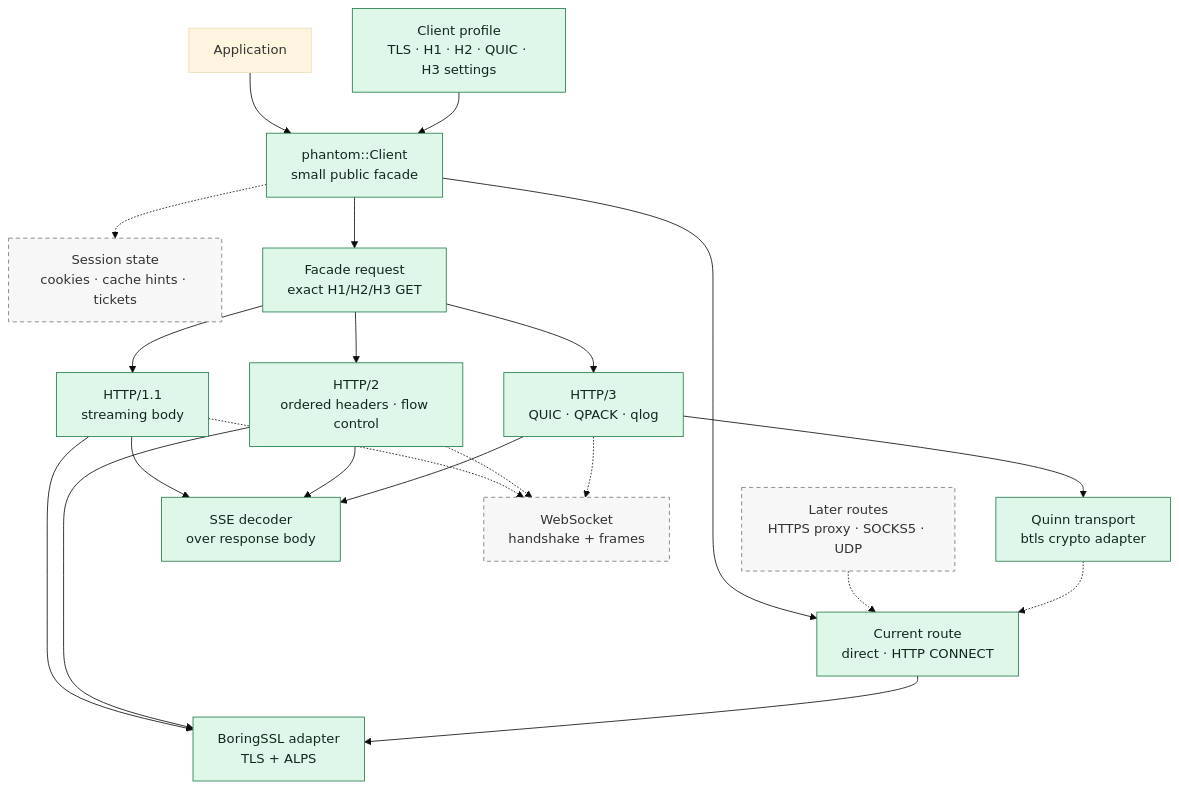
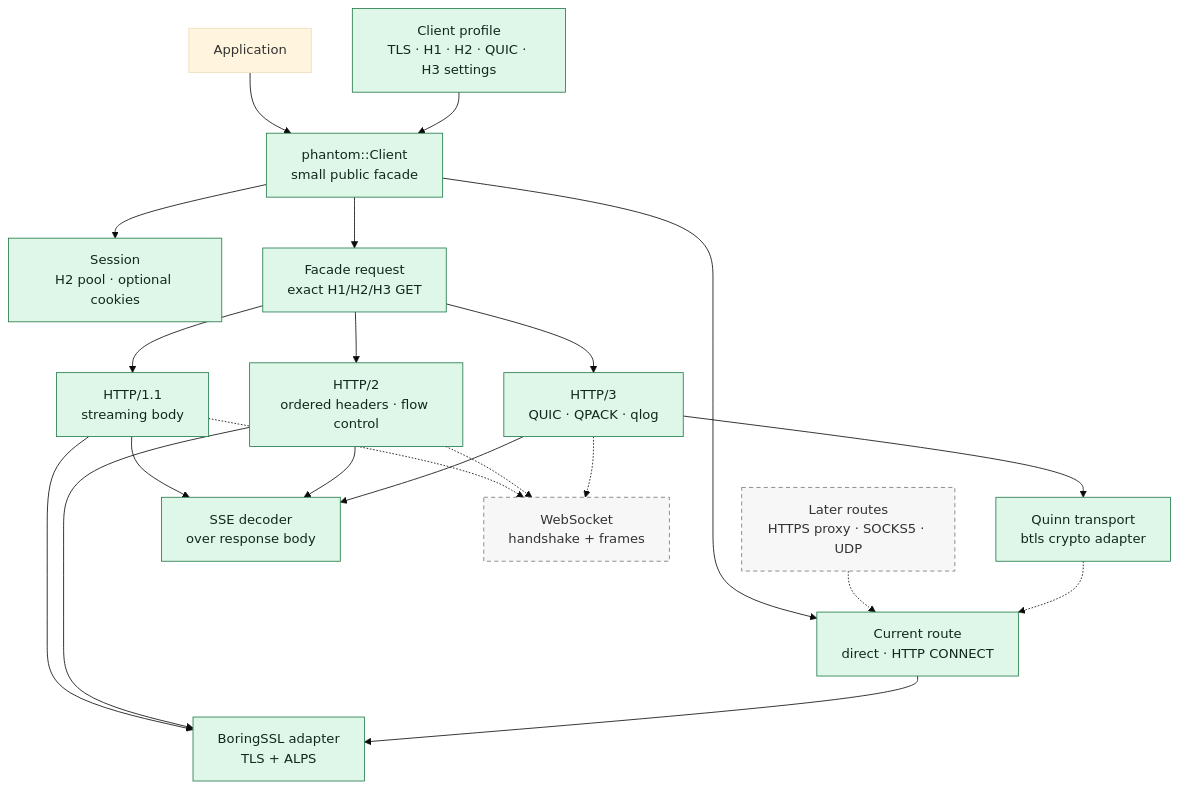
Before and after one commit to bywayhq/phantom: the first of 4 diagrams in docs/architecture.md, drawn with Mermaid (base theme). The commit also changed other lines of this file and 51 other files, not shown here.

````diff
--- a/docs/architecture.md
+++ b/docs/architecture.md
@@ -22,44 +23,44 @@
 ```mermaid
 flowchart TB
     User[Application]
     Client["phantom::Client<br/>small public facade"]
-    Session["Session state<br/>cookies · cache hints · tickets"]
+    Session["Session<br/>H2 pool · optional cookies"]
     Profile["Client profile<br/>TLS · H1 · H2 · QUIC · H3 settings"]
     Route["Current route<br/>direct · HTTP CONNECT"]
     FutureRoute["Later routes<br/>HTTPS proxy · SOCKS5 · UDP"]
     FacadeRequest["Facade request<br/>exact H1/H2/H3 GET"]
 
     H1["HTTP/1.1<br/>streaming body"]
     H2["HTTP/2<br/>ordered headers · flow control"]
     H3["HTTP/3<br/>QUIC · QPACK · qlog"]
     TLS["BoringSSL adapter<br/>TLS + ALPS"]
     QUIC["Quinn transport<br/>btls crypto adapter"]
     SSE["SSE decoder<br/>over response body"]
     WS["WebSocket<br/>handshake + frames"]
 
     User --> Client
     Profile --> Client
     FacadeRequest --> H1
     FacadeRequest --> H2
     FacadeRequest --> H3
-    Client -.-> Session
+    Client --> Session
     Client --> Route
     FutureRoute -.-> Route
     Client --> FacadeRequest
     H1 --> TLS
     H2 --> TLS
     H3 --> QUIC
     Route --> TLS
     QUIC -.-> Route
     H1 --> SSE
     H2 --> SSE
     H3 --> SSE
     H1 -.-> WS
     H2 -.-> WS
     H3 -.-> WS
 
     classDef current fill:#dff7e8,stroke:#237a49,color:#10291c
     classDef planned fill:#f7f7f7,stroke:#777,stroke-dasharray:5 4,color:#333
-    class Client,Profile,Route,FacadeRequest,H1,H2,H3,TLS,QUIC,SSE current
-    class Session,FutureRoute,WS planned
+    class Client,Session,Profile,Route,FacadeRequest,H1,H2,H3,TLS,QUIC,SSE current
+    class FutureRoute,WS planned
 ```
````
